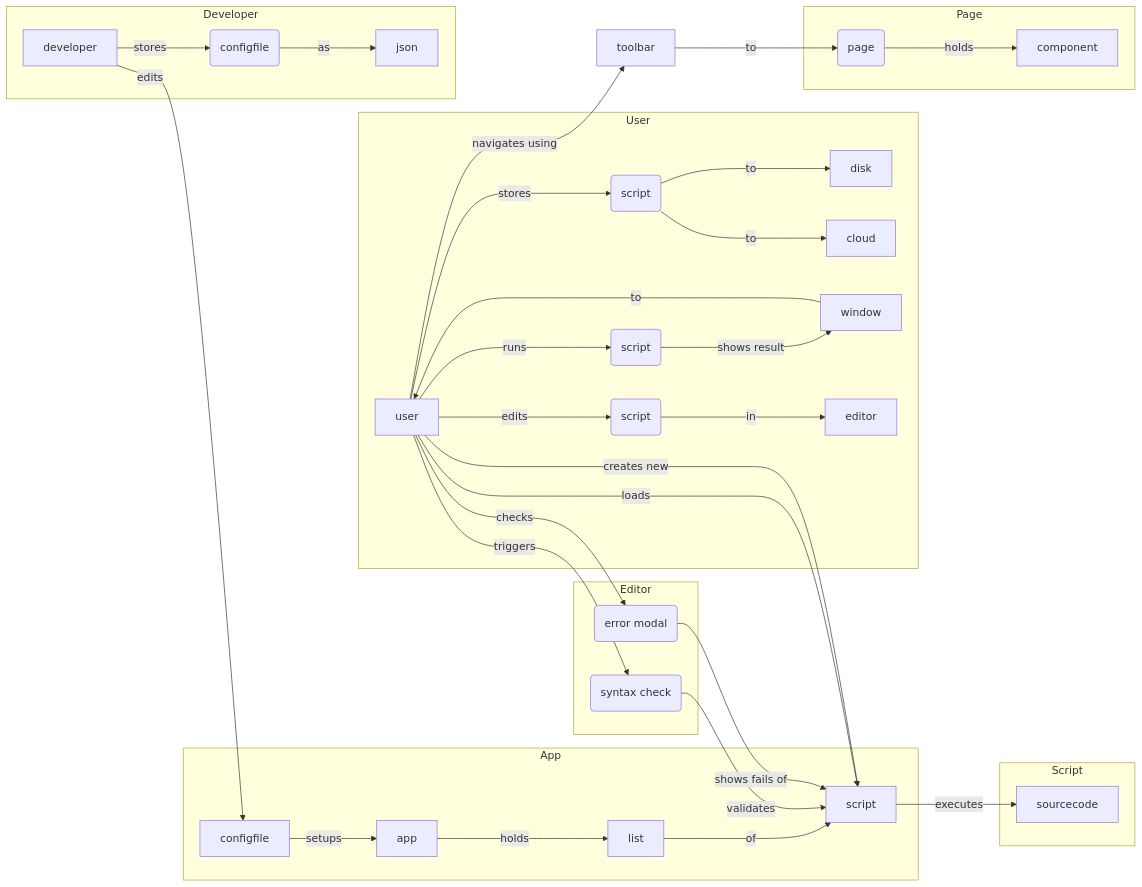
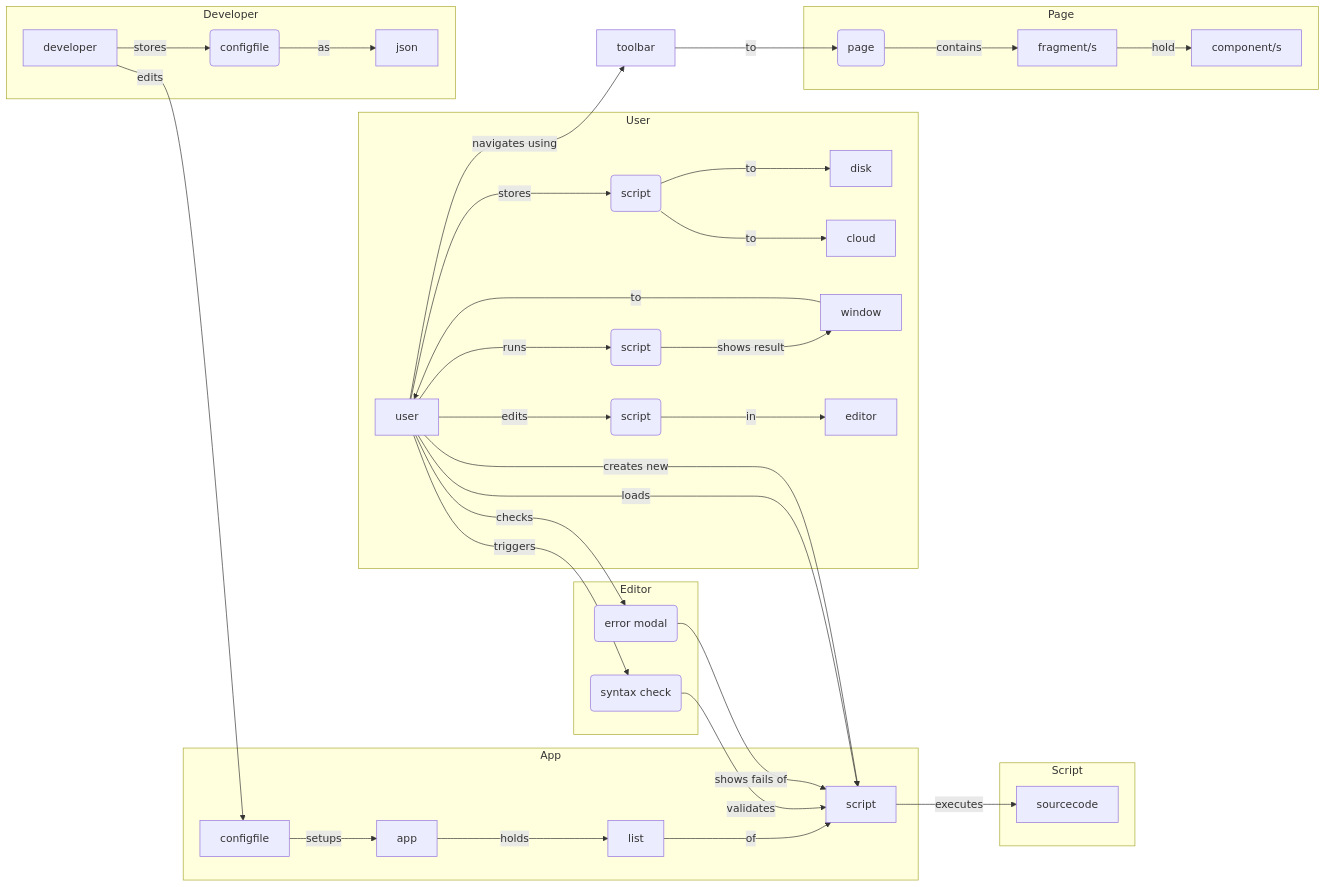
One commit to inflamously/pylaunch changed the first of 2 diagrams in pylaunch.md. Above: the diagram before and after it, drawn with Mermaid.

Commit message:
feat(other): advanced docs.

````diff
--- a/pylaunch.md
+++ b/pylaunch.md
@@ -5,32 +5,32 @@
 ```mermaid
 graph LR
 	user -- triggers --> syntaxCheck
 	user -- checks --> errorModal
 	user -- navigates using --> toolbar -- to --> p1
 	subgraph App
         app -- holds --> list -- of --> script
         configfile -- setups --> app
 	end
 	subgraph User
         user -- stores --> s1("script") -- to --> disk & cloud
         user -- loads --> script
         user -- runs --> s2("script") -- shows result --> window -- to --> user
         user -- creates new --> script
         user -- edits --> s3("script") -- in --> editor
         
 	end
 	subgraph Developer
         developer -- edits --> configfile
         developer -- stores --> cf1("configfile") -- as --> json
 	end
 	subgraph Script
 		script -- executes --> sourcecode
 	end
 	subgraph Editor
 		syntaxCheck(syntax check) -- validates --> script
 		errorModal(error modal) -- shows fails of --> script
 	end
 	subgraph Page
-		p1(page) -- holds --> component
+		p1(page) -- contains --> fragment/s -- hold --> component/s
 	end
 ```
````
